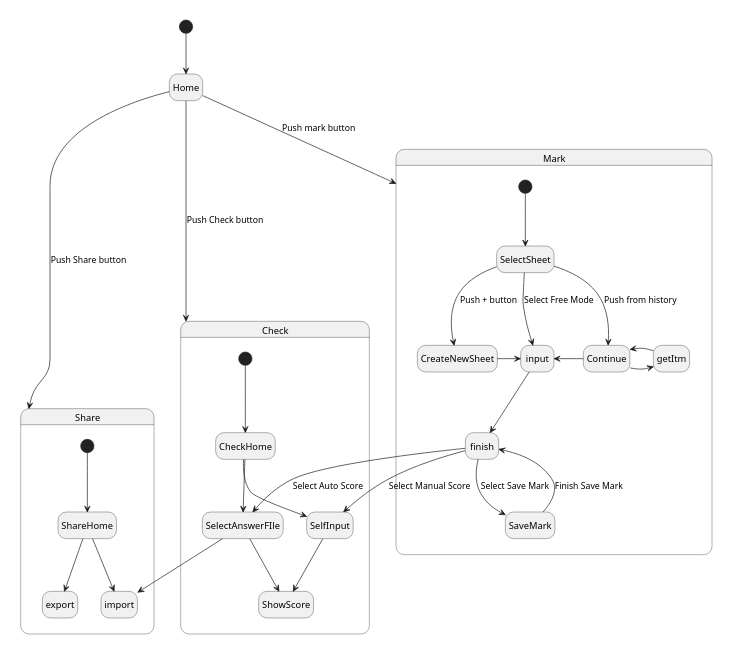
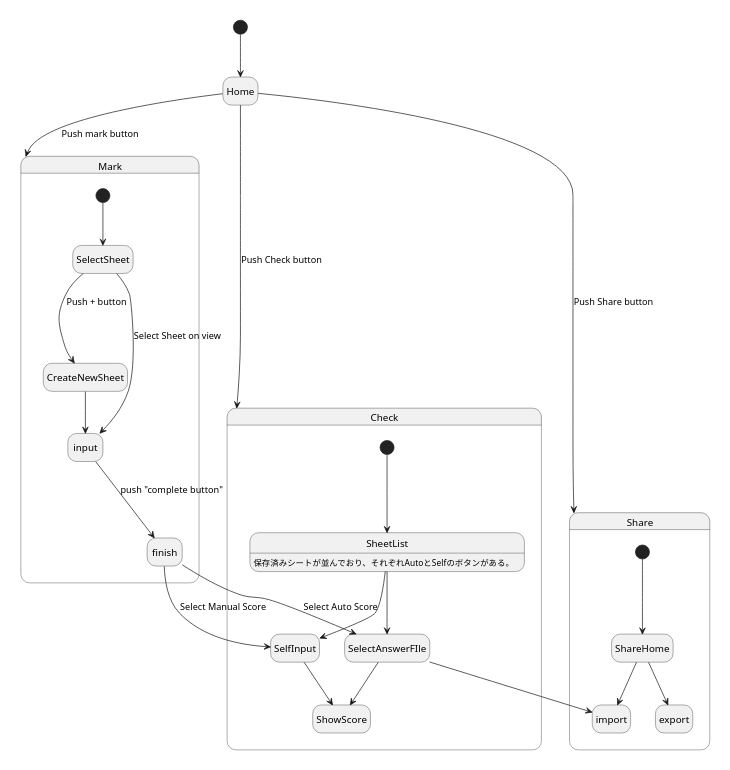
Before and after one commit to ryoga404/2025-app: the diagram in apps_prototype/mark_And_Check_2/BluePrints/ViewState.puml, drawn with PlantUML. The commit also changed 1 other file, not shown here.

Commit message:
設計図を更新

```diff
--- a/apps_prototype/mark_And_Check_2/BluePrints/ViewState.puml
+++ b/apps_prototype/mark_And_Check_2/BluePrints/ViewState.puml
@@ -1,46 +1,41 @@
 @startuml
 'https://plantuml.com/state-diagram
 
 scale 350 width
 hide empty description
 [*] --> Home
 Home --> Mark : Push mark button
 Home --> Share : Push Share button
 Home --> Check : Push Check button
 
 state Mark{
 [*] --> SelectSheet
-SelectSheet --> input : Select Free Mode
+SelectSheet -d--> input : Select Sheet on view
 SelectSheet --> CreateNewSheet : Push + button
 CreateNewSheet -> input
 
-SelectSheet --> Continue : Push from history
-Continue -l> input
-Continue -d>  getItm
-getItm -u> Continue
 
-input --> finish
+
+input --> finish : push "complete button"
 finish --> Check.SelectAnswerFIle : Select Auto Score
 finish --> Check.SelfInput : Select Manual Score
-finish --> SaveMark : Select Save Mark
-SaveMark --> finish : Finish Save Mark
 }
 
 state Share{
 [*] --> ShareHome
 ShareHome --> Share.import
 ShareHome --> Share.export
 }
 
 state Check{
-[*] --> CheckHome
-CheckHome --> SelectAnswerFIle
-CheckHome --> SelfInput
+SheetList:保存済みシートが並んでおり、それぞれAutoとSelfのボタンがある。
+[*] --> SheetList
+SheetList --> SelectAnswerFIle
+SheetList --> SelfInput
 
 SelfInput--> ShowScore
 SelectAnswerFIle --> ShowScore
 SelectAnswerFIle --> import
 }
 
-
 @enduml
```
